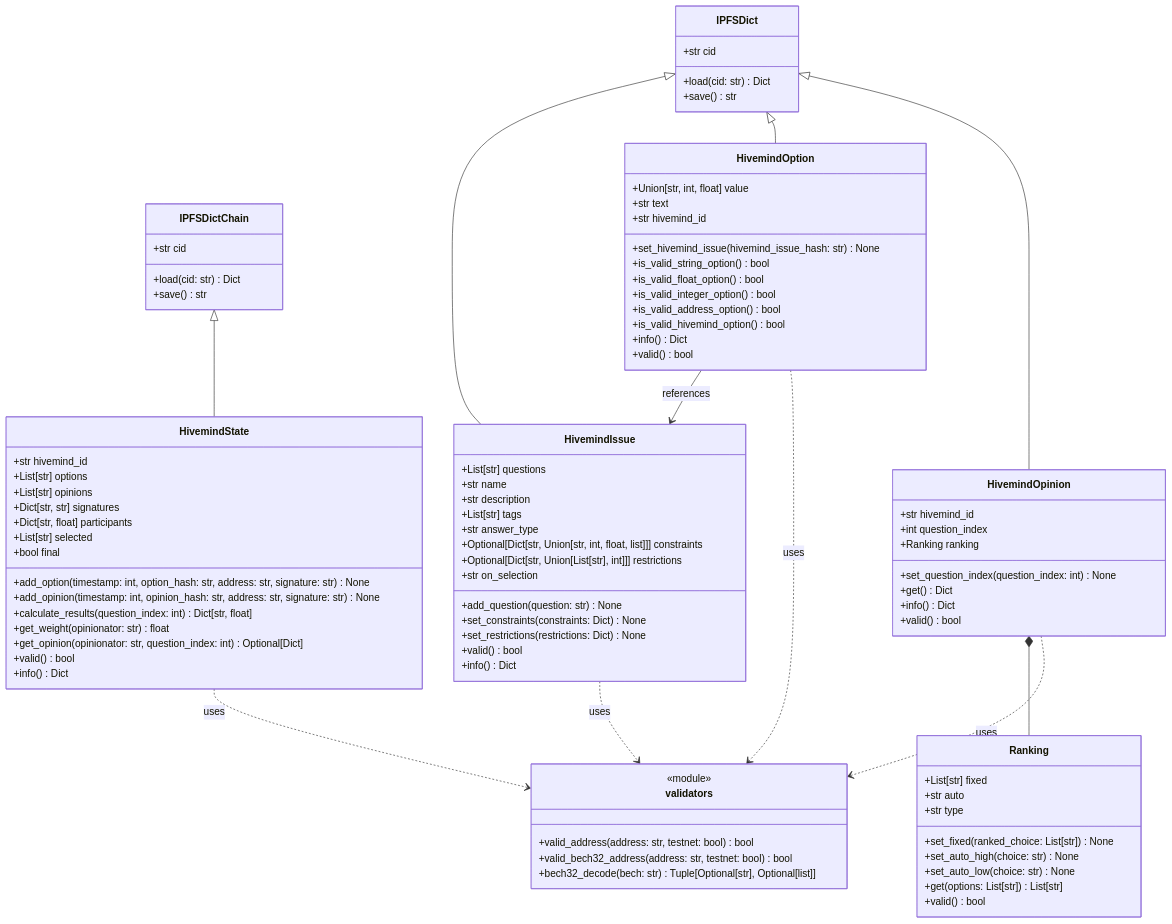
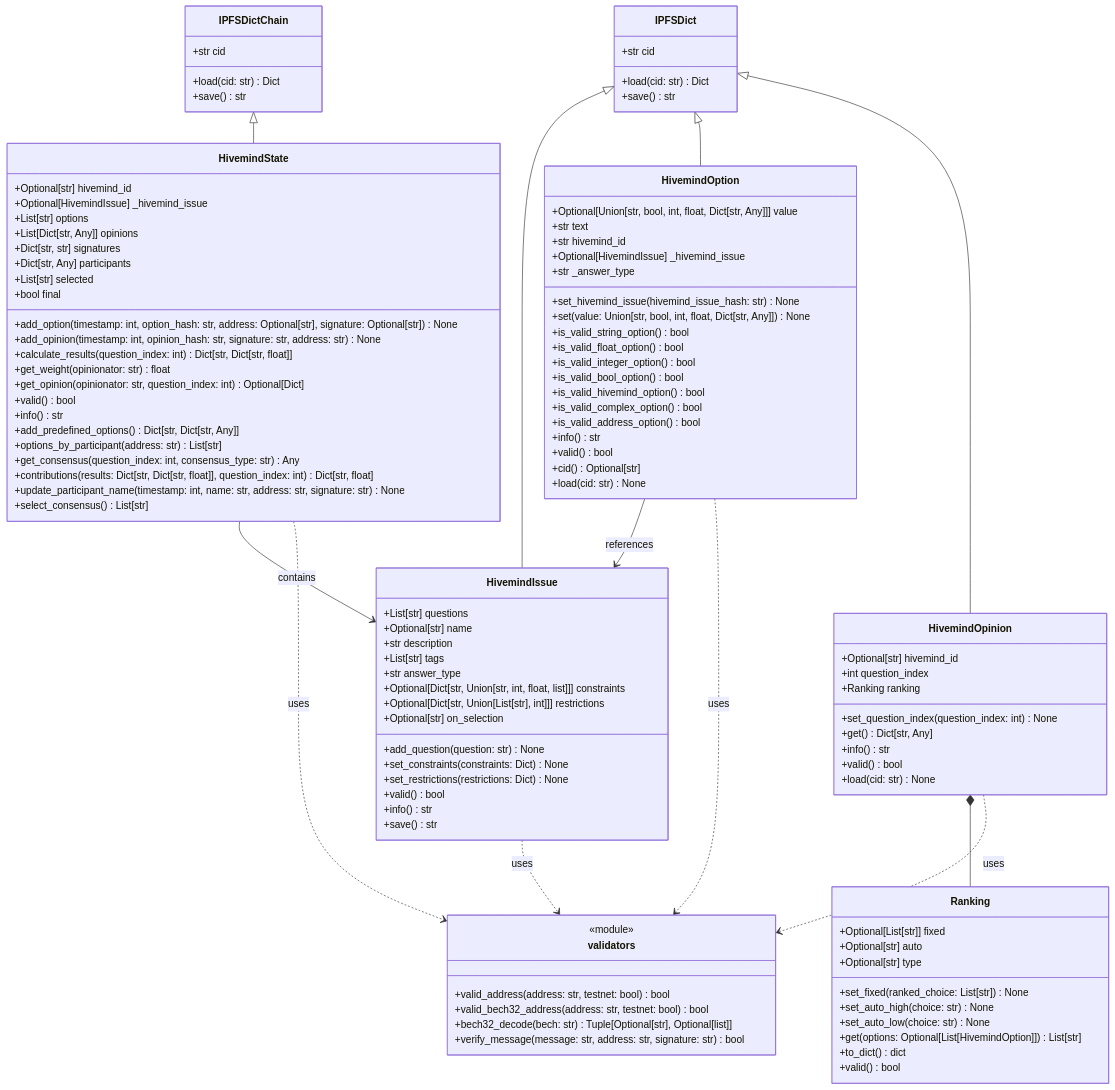
Before and after one commit to ValyrianTech/hivemind-python: the diagram in diagrams/class_diagram.md, drawn with Mermaid.

Commit message:
docs: update class diagram to reflect current codebase structure
- Add missing attributes and methods to all classes
- Update type hints to match implementation
- Add verify_message function to validators module
- Add relationship between HivemindState and HivemindIssue
- Make Optional types explicit

```diff
--- a/diagrams/class_diagram.md
+++ b/diagrams/class_diagram.md
@@ -14,70 +14,87 @@
     
     class HivemindIssue {
         +List[str] questions
-        +str name
+        +Optional[str] name
         +str description
         +List[str] tags
         +str answer_type
         +Optional[Dict[str, Union[str, int, float, list]]] constraints
         +Optional[Dict[str, Union[List[str], int]]] restrictions
-        +str on_selection
+        +Optional[str] on_selection
         +add_question(question: str) None
         +set_constraints(constraints: Dict) None
         +set_restrictions(restrictions: Dict) None
         +valid() bool
-        +info() Dict
+        +info() str
+        +save() str
     }
     
     class HivemindOption {
-        +Union[str, int, float] value
+        +Optional[Union[str, bool, int, float, Dict[str, Any]]] value
         +str text
         +str hivemind_id
+        +Optional[HivemindIssue] _hivemind_issue
+        +str _answer_type
         +set_hivemind_issue(hivemind_issue_hash: str) None
+        +set(value: Union[str, bool, int, float, Dict[str, Any]]) None
         +is_valid_string_option() bool
         +is_valid_float_option() bool
         +is_valid_integer_option() bool
+        +is_valid_bool_option() bool
+        +is_valid_hivemind_option() bool
+        +is_valid_complex_option() bool
         +is_valid_address_option() bool
-        +is_valid_hivemind_option() bool
-        +info() Dict
+        +info() str
         +valid() bool
+        +cid() Optional[str]
+        +load(cid: str) None
     }
     
     class HivemindOpinion {
-        +str hivemind_id
+        +Optional[str] hivemind_id
         +int question_index
         +Ranking ranking
         +set_question_index(question_index: int) None
-        +get() Dict
-        +info() Dict
+        +get() Dict[str, Any]
+        +info() str
         +valid() bool
+        +load(cid: str) None
     }
     
     class Ranking {
-        +List[str] fixed
-        +str auto
-        +str type
+        +Optional[List[str]] fixed
+        +Optional[str] auto
+        +Optional[str] type
         +set_fixed(ranked_choice: List[str]) None
         +set_auto_high(choice: str) None
         +set_auto_low(choice: str) None
-        +get(options: List[str]) List[str]
+        +get(options: Optional[List[HivemindOption]]) List[str]
+        +to_dict() dict
         +valid() bool
     }
     
     class HivemindState {
-        +str hivemind_id
+        +Optional[str] hivemind_id
+        +Optional[HivemindIssue] _hivemind_issue
         +List[str] options
-        +List[str] opinions
+        +List[Dict[str, Any]] opinions
         +Dict[str, str] signatures
-        +Dict[str, float] participants
+        +Dict[str, Any] participants
         +List[str] selected
         +bool final
-        +add_option(timestamp: int, option_hash: str, address: str, signature: str) None
-        +add_opinion(timestamp: int, opinion_hash: str, address: str, signature: str) None
-        +calculate_results(question_index: int) Dict[str, float]
+        +add_option(timestamp: int, option_hash: str, address: Optional[str], signature: Optional[str]) None
+        +add_opinion(timestamp: int, opinion_hash: str, signature: str, address: str) None
+        +calculate_results(question_index: int) Dict[str, Dict[str, float]]
         +get_weight(opinionator: str) float
         +get_opinion(opinionator: str, question_index: int) Optional[Dict]
         +valid() bool
-        +info() Dict
+        +info() str
+        +add_predefined_options() Dict[str, Dict[str, Any]]
+        +options_by_participant(address: str) List[str]
+        +get_consensus(question_index: int, consensus_type: str) Any
+        +contributions(results: Dict[str, Dict[str, float]], question_index: int) Dict[str, float]
+        +update_participant_name(timestamp: int, name: str, address: str, signature: str) None
+        +select_consensus() List[str]
     }
 
     class validators {
@@ -85,6 +102,7 @@
         +valid_address(address: str, testnet: bool) bool
         +valid_bech32_address(address: str, testnet: bool) bool
         +bech32_decode(bech: str) Tuple[Optional[str], Optional[list]]
+        +verify_message(message: str, address: str, signature: str) bool
     }
     
     IPFSDict <|-- HivemindIssue
@@ -93,6 +111,7 @@
     IPFSDictChain <|-- HivemindState
     HivemindOpinion *-- Ranking
     HivemindOption --> HivemindIssue : references
+    HivemindState --> HivemindIssue : contains
     HivemindState ..> validators : uses
     HivemindOption ..> validators : uses
     HivemindOpinion ..> validators : uses
```
